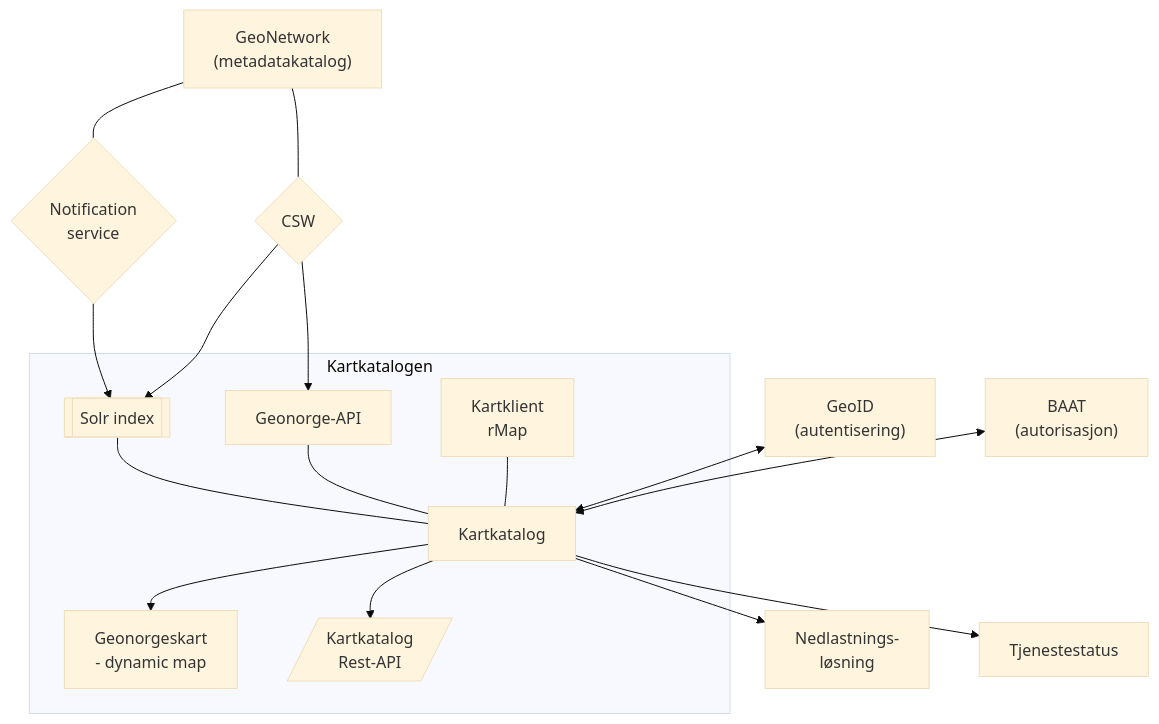
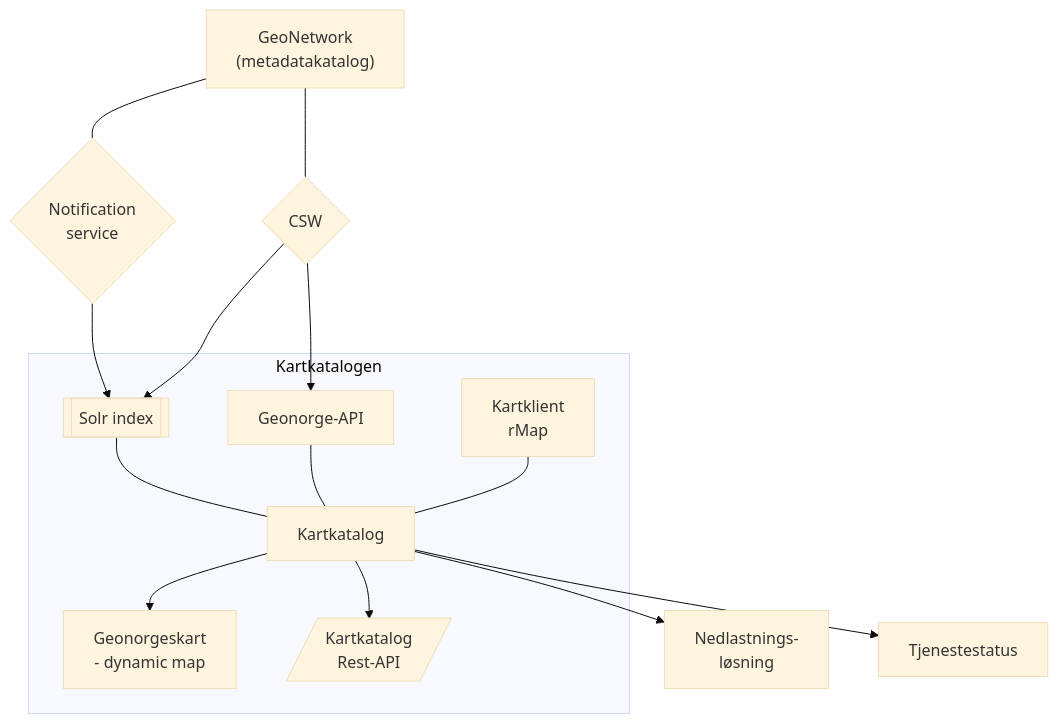
Before and after one commit to kartverket/Geonorge.Kartkatalog.React: the diagram in docs/frontend.md, drawn with Mermaid (base theme). The commit also changed other lines of this file and 1 other file, not shown here.

````diff
--- a/docs/frontend.md
+++ b/docs/frontend.md
@@ -58,32 +61,28 @@
 ```mermaid
 flowchart TD
     GN["GeoNetwork\n(metadatakatalog)"]
     NS{Notification\nservice}
     CSW{CSW}
-    GeoID["GeoID\n(autentisering)"]
-    BAAT["BAAT\n(autorisasjon)"]
 
     subgraph core["Kartkatalogen"]
         API["Geonorge-API"]
         Solr[["Solr index"]]
         rMap["Kartklient\nrMap"]
         KK["Kartkatalog"]
         GKart["Geonorgeskart\n- dynamic map"]
         RestAPI[/"Kartkatalog\nRest-API"/]
     end
 
     GN --- NS
     GN --- CSW
     NS --> Solr
     CSW --> Solr
     CSW --> API
     API --- KK
     Solr --- KK
     rMap --- KK
-    GeoID <--> KK
-    BAAT <--> KK
     KK --> GKart
     KK --> RestAPI
     KK --> Nedlasting["Nedlastnings-\nløsning"]
     KK --> Tjenestestatus["Tjenestestatus"]
 ```
````
